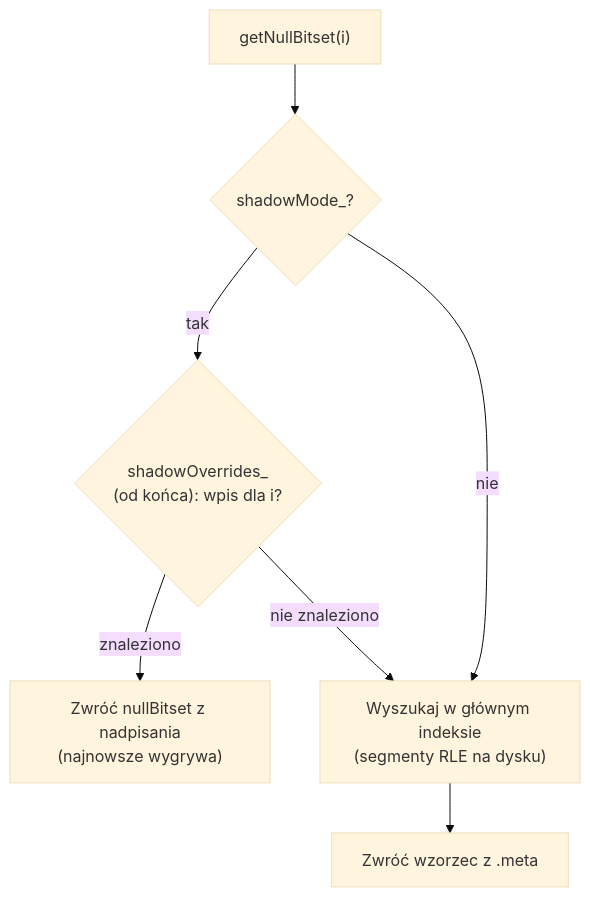
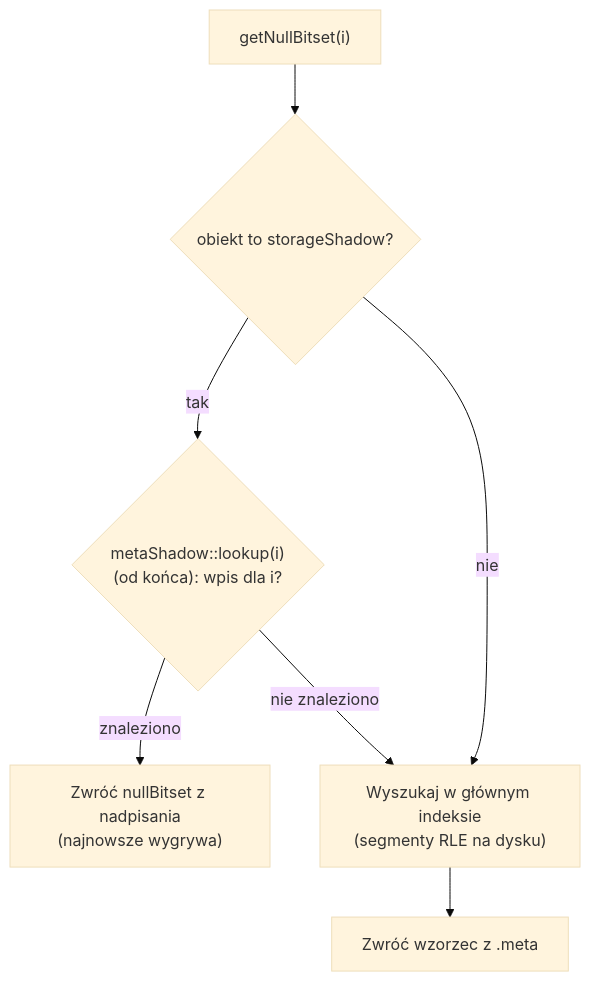
Before and after one commit to michalwidera/dokumentacja-rdb: the seventh of 9 diagrams in architektura-systemu-przetwarzania-danych/format-zapisu-danych/pliki.md, drawn with Mermaid (base theme). The commit also changed other lines of this file and 16 other files, not shown here.

````diff
--- a/architektura-systemu-przetwarzania-danych/format-zapisu-danych/pliki.md
+++ b/architektura-systemu-przetwarzania-danych/format-zapisu-danych/pliki.md
@@ -511,10 +531,10 @@
 ```mermaid
 flowchart TD
     Q["getNullBitset(i)"]
-    Q --> SM{"shadowMode_?"}
-    SM -->|tak| SCAN{"shadowOverrides_\n(od końca): wpis dla i?"}
+    Q --> SM{"obiekt to storageShadow?"}
+    SM -->|tak| SCAN{"metaShadow::lookup(i)\n(od końca): wpis dla i?"}
     SCAN -->|znaleziono| RET1["Zwróć nullBitset z nadpisania\n(najnowsze wygrywa)"]
     SCAN -->|nie znaleziono| MAIN["Wyszukaj w głównym indeksie\n(segmenty RLE na dysku)"]
     SM -->|nie| MAIN
     MAIN --> RET2["Zwróć wzorzec z .meta"]
 ```
````
